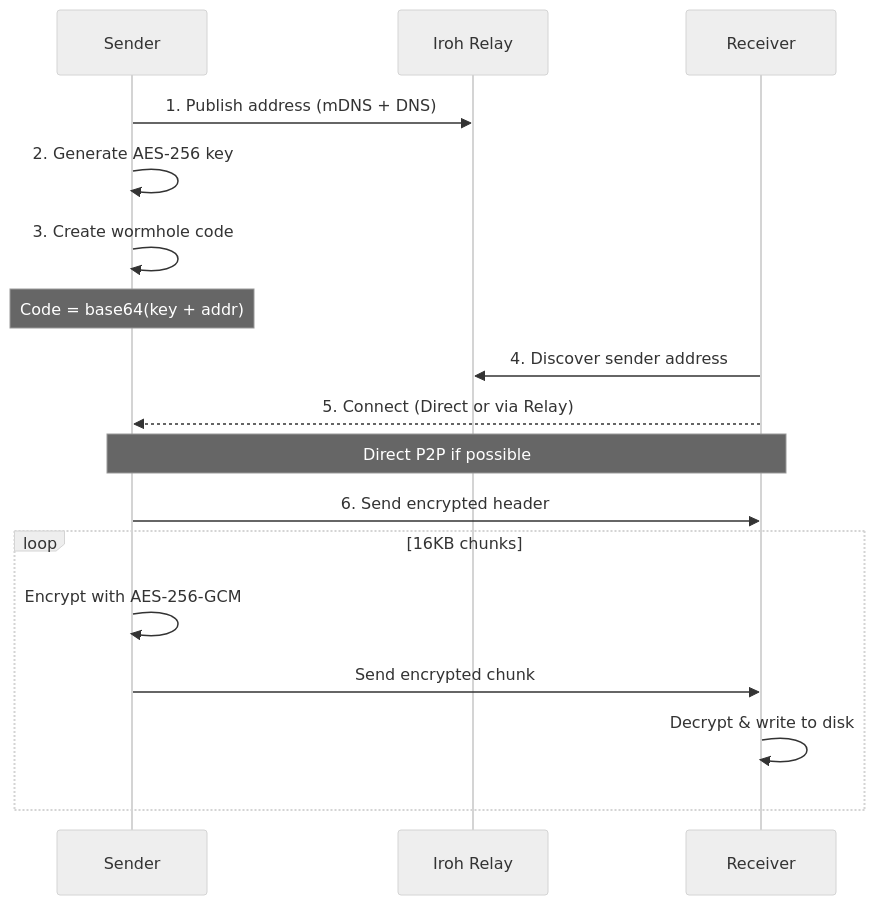
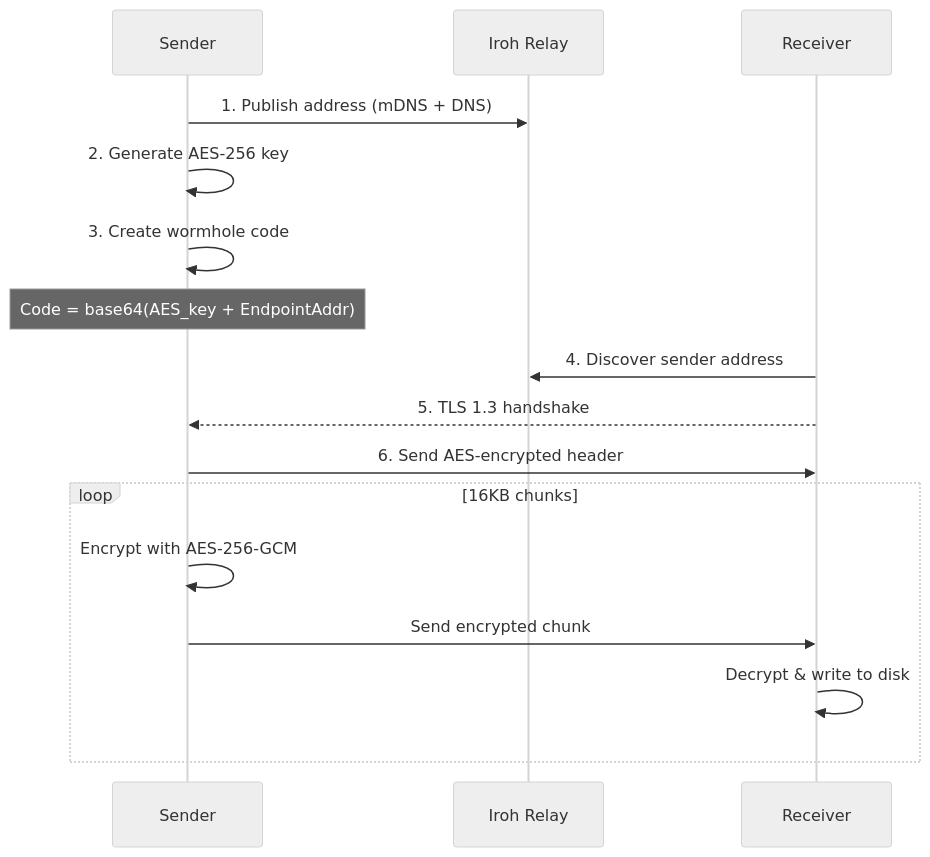
One commit to andrewtheguy/wormhole-rs changed the second of 2 diagrams in docs/ARCHITECTURE.md. Above: the diagram before and after it, drawn with Mermaid (neutral theme). The commit also changed other lines of this file and 1 other file, not shown here.

````diff
--- a/docs/ARCHITECTURE.md
+++ b/docs/ARCHITECTURE.md
@@ -9,23 +35,22 @@
 ```mermaid
 sequenceDiagram
     participant Sender
     participant Relay as Iroh Relay
     participant Receiver
-    
+
     Sender->>Relay: 1. Publish address (mDNS + DNS)
     Sender->>Sender: 2. Generate AES-256 key
     Sender->>Sender: 3. Create wormhole code
-    Note over Sender: Code = base64(key + addr)
-    
+    Note over Sender: Code = base64(AES_key + EndpointAddr)
+
     Receiver->>Relay: 4. Discover sender address
-    Receiver-->>Sender: 5. Connect (Direct or via Relay)
-    Note over Sender,Receiver: Direct P2P if possible
-    
-    Sender->>Receiver: 6. Send encrypted header
-    
+    Receiver-->>Sender: 5. TLS 1.3 handshake
+
+    Sender->>Receiver: 6. Send AES-encrypted header
+
     loop 16KB chunks
         Sender->>Sender: Encrypt with AES-256-GCM
         Sender->>Receiver: Send encrypted chunk
         Receiver->>Receiver: Decrypt & write to disk
     end
 ```
````
